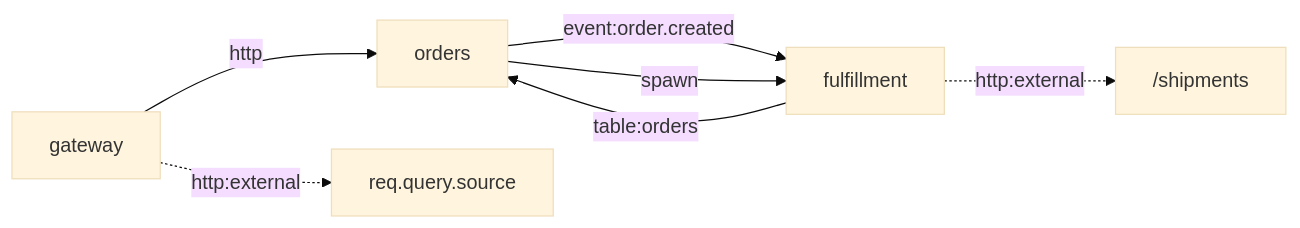
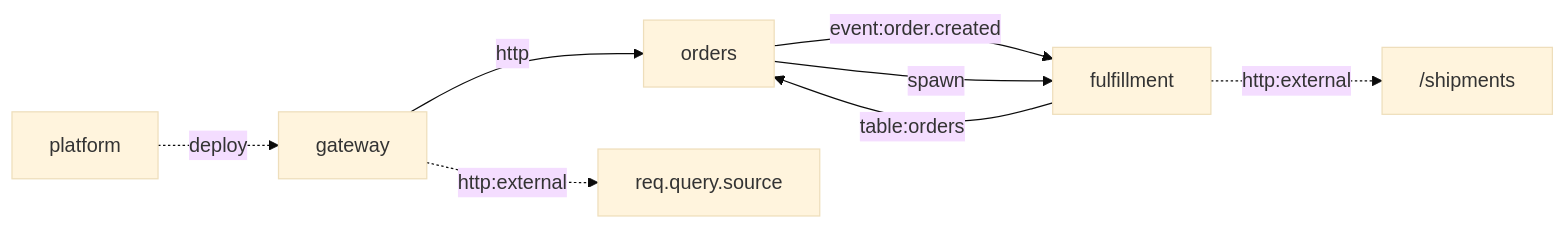
Before and after one commit to RndU53r/Code-Knowledge-Builder: the diagram in examples/sample-output/system/call-graphs.md, drawn with Mermaid (base theme). The commit also changed other lines of this file and 182 other files, not shown here.

````diff
--- a/examples/sample-output/system/call-graphs.md
+++ b/examples/sample-output/system/call-graphs.md
@@ -39,14 +40,16 @@
 ```mermaid
 flowchart LR
   N1["gateway"]
   N2["orders"]
   N3["fulfillment"]
   N4["/shipments"]
   N5["req.query.source"]
+  N6["platform"]
   N1 -->|"http"| N2
   N3 -->|"table:orders"| N2
   N2 -->|"event:order.created"| N3
   N2 -->|"spawn"| N3
   N3 -.->|"http:external"| N4
   N1 -.->|"http:external"| N5
+  N6 -.->|"deploy"| N1
 ```
````
